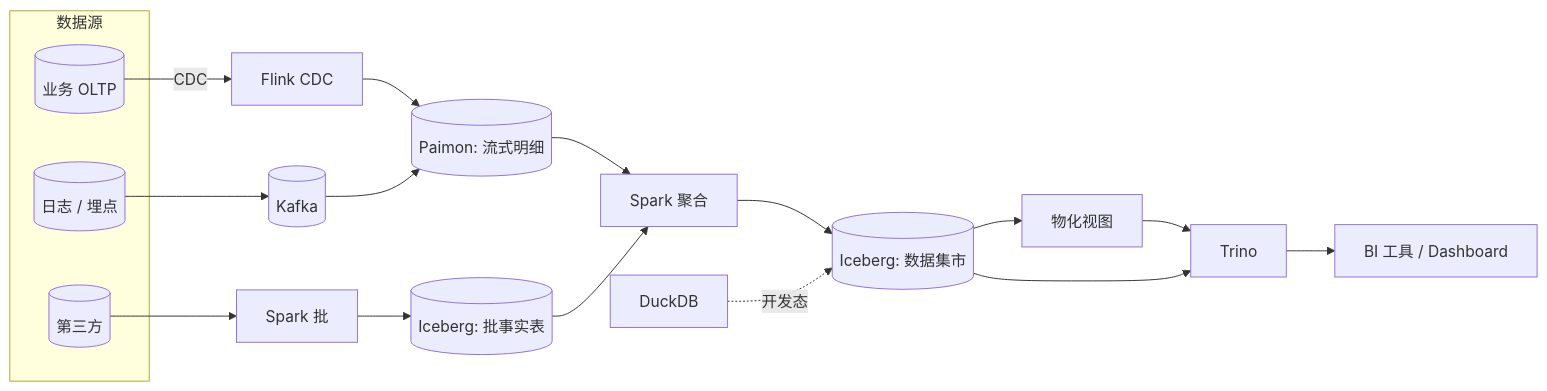
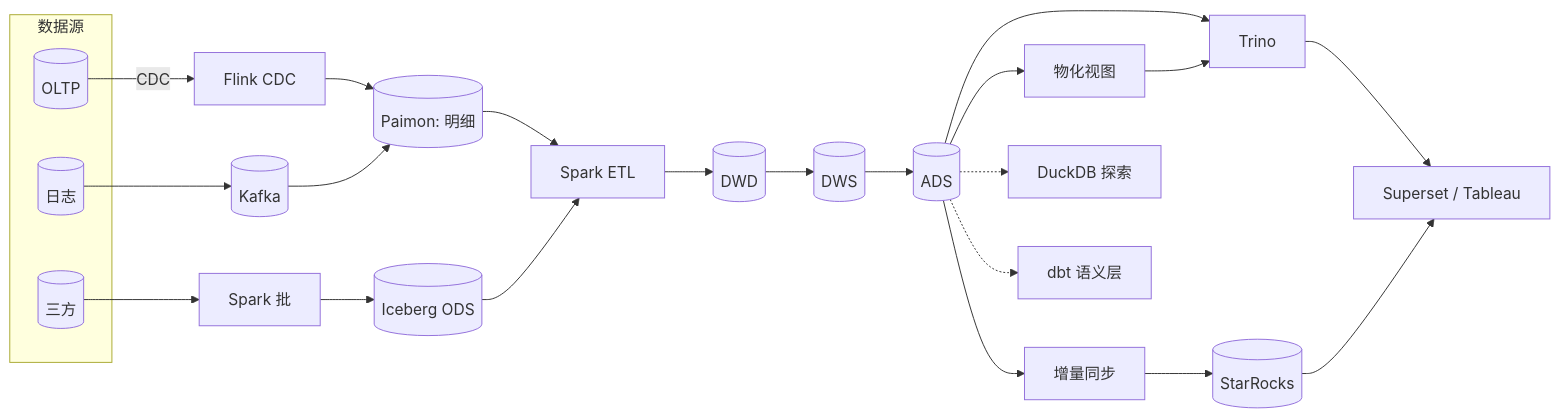
Before and after one commit to wangyong9999/lakehouse-wiki: the second of 2 diagrams in docs/scenarios/bi-on-lake.md, drawn with Mermaid. The commit also changed other lines of this file, not shown here.

````diff
--- a/docs/scenarios/bi-on-lake.md
+++ b/docs/scenarios/bi-on-lake.md
@@ -28,26 +323,29 @@
 ```mermaid
 flowchart LR
   subgraph "数据源"
-    db[(业务 OLTP)]
-    log[(日志 / 埋点)]
-    ext[(第三方)]
+    db[(OLTP)]
+    log[(日志)]
+    ext[(三方)]
   end
   db -->|CDC| flink[Flink CDC]
   log --> kafka[(Kafka)]
-  ext --> spark_batch[Spark 批]
+  ext --> sparkb[Spark 批]
 
-  flink --> paimon[(Paimon: 流式明细)]
+  flink --> paimon[(Paimon: 明细)]
   kafka --> paimon
-  spark_batch --> iceberg[(Iceberg: 批事实表)]
+  sparkb --> iceberg_ods[(Iceberg ODS)]
 
-  paimon --> spark_agg[Spark 聚合]
-  iceberg --> spark_agg
-  spark_agg --> iceberg_mart[(Iceberg: 数据集市)]
+  paimon & iceberg_ods --> spark_etl[Spark ETL]
+  spark_etl --> dwd[(DWD)] --> dws[(DWS)] --> ads[(ADS)]
 
-  iceberg_mart --> mv[物化视图]
-  mv --> trino[Trino]
-  iceberg_mart --> trino
+  ads --> mv[物化视图]
+  ads --> sr_sync[增量同步]
+  sr_sync --> starrocks[(StarRocks)]
 
-  trino --> bi[BI 工具 / Dashboard]
-  duckdb[DuckDB] -.开发态.-> iceberg_mart
+  ads & mv --> trino[Trino]
+  trino --> bi[Superset / Tableau]
+  starrocks --> bi
+
+  ads -.-> duck[DuckDB 探索]
+  ads -.-> dbt[dbt 语义层]
 ```
````
